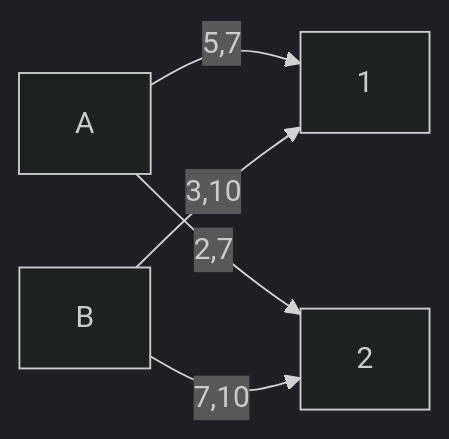
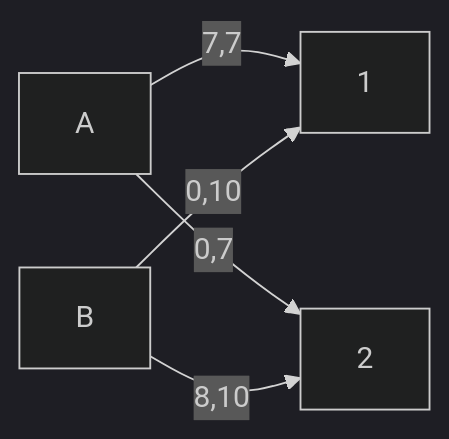
One commit to hse-algo-24-crow/manual-tasks-crow changed the first of 18 diagrams in task-11-plus/winx.md. Above: the diagram before and after it, drawn with Mermaid (dark theme). The commit also changed other lines of this file, not shown here.

````diff
--- a/task-11-plus/winx.md
+++ b/task-11-plus/winx.md
@@ -21,7 +21,7 @@
 ```mermaid
 graph LR
-    A-->|5,7|1
-    A-->|2,7|2
-    B-->|3,10|1
-    B-->|7,10|2
+    A-->|7,7|1
+    A-->|0,7|2
+    B-->|0,10|1
+    B-->|8,10|2
 ```
````
